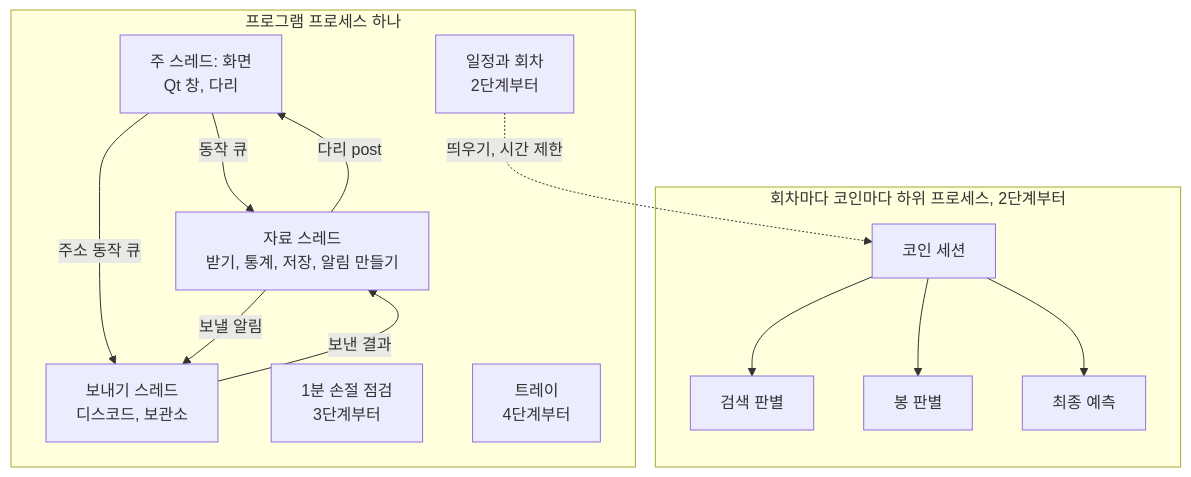
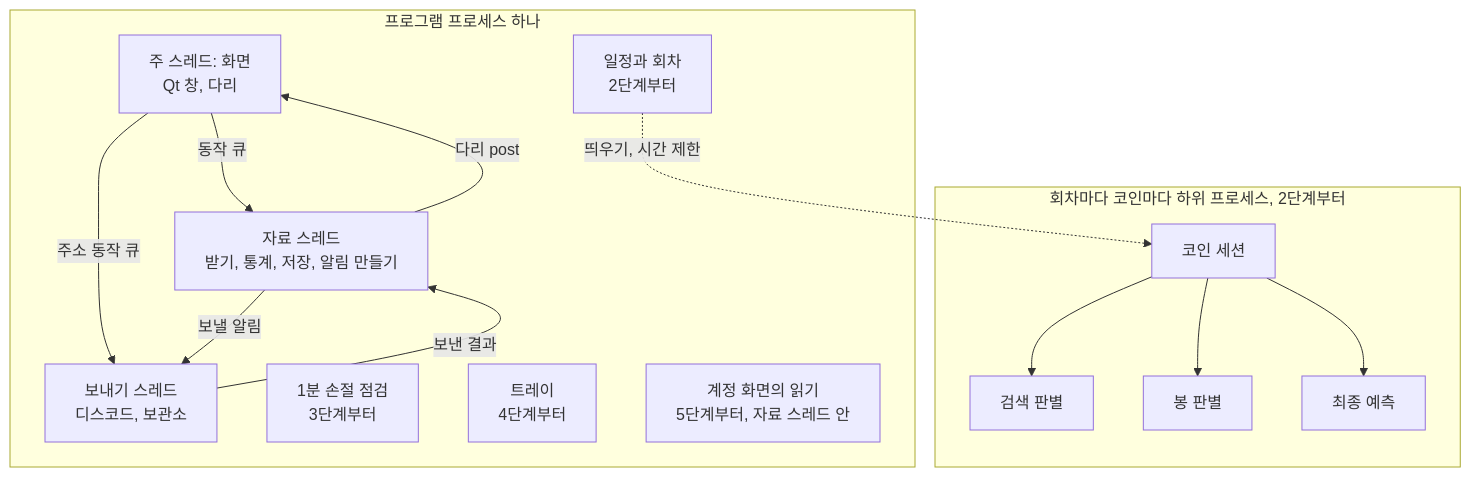
Before and after one commit to khy920723/coin-report-trader: the second of 3 diagrams in docs/architecture.md, drawn with Mermaid. The commit also changed other lines of this file and 5 other files, not shown here.

````diff
--- a/docs/architecture.md
+++ b/docs/architecture.md
@@ -61,23 +62,24 @@
 ```mermaid
 flowchart TB
     subgraph proc[프로그램 프로세스 하나]
         UI[주 스레드: 화면<br/>Qt 창, 다리]
         DT[자료 스레드<br/>받기, 통계, 저장, 알림 만들기]
         ST[보내기 스레드<br/>디스코드, 보관소]
         SC[일정과 회차<br/>2단계부터]
         SL[1분 손절 점검<br/>3단계부터]
         TR[트레이<br/>4단계부터]
+        AV[계정 화면의 읽기<br/>5단계부터, 자료 스레드 안]
     end
     subgraph claude[회차마다 코인마다 하위 프로세스, 2단계부터]
         S1[코인 세션]
         S1 --> P1[검색 판별]
         S1 --> P2[봉 판별]
         S1 --> P3[최종 예측]
     end
     UI -- 동작 큐 --> DT
     UI -- 주소 동작 큐 --> ST
     DT -- 보낼 알림 --> ST
     ST -- 보낸 결과 --> DT
     DT -- 다리 post --> UI
     SC -. 띄우기, 시간 제한 .-> S1
 ```
````
